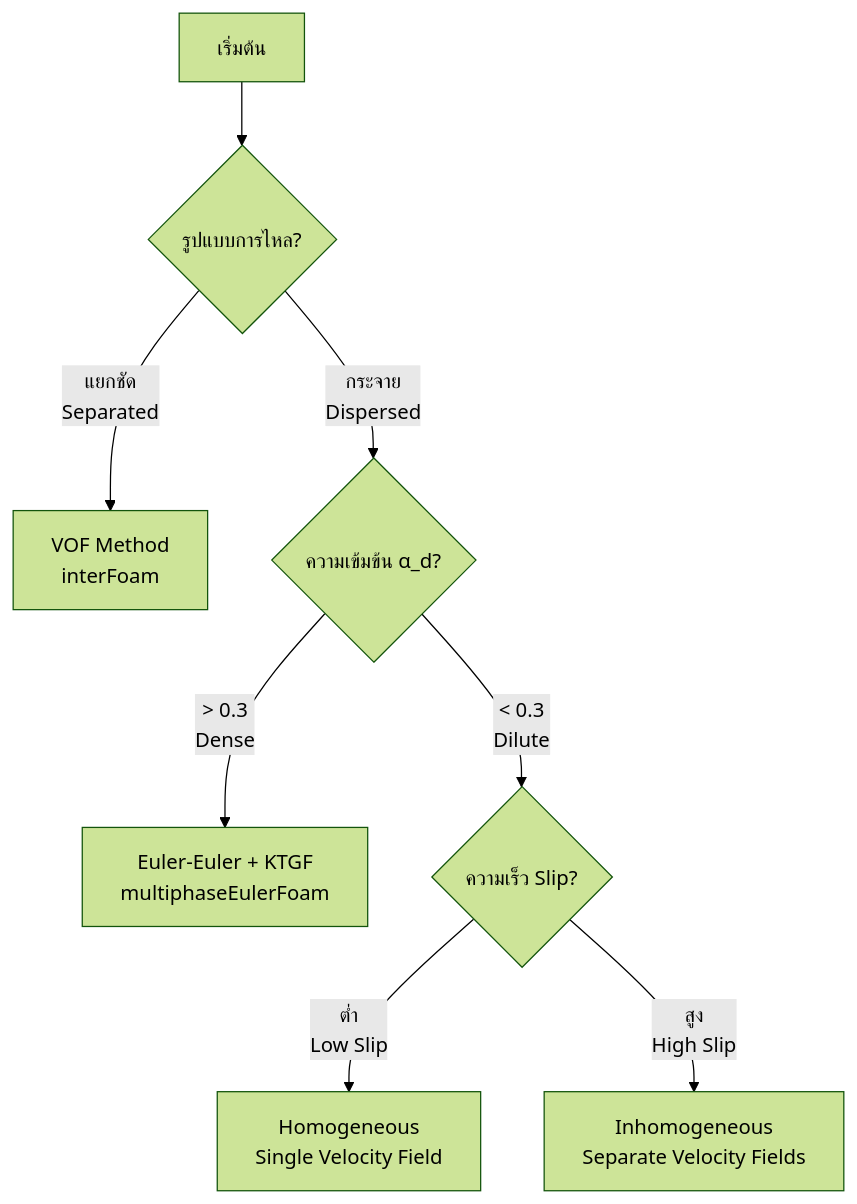
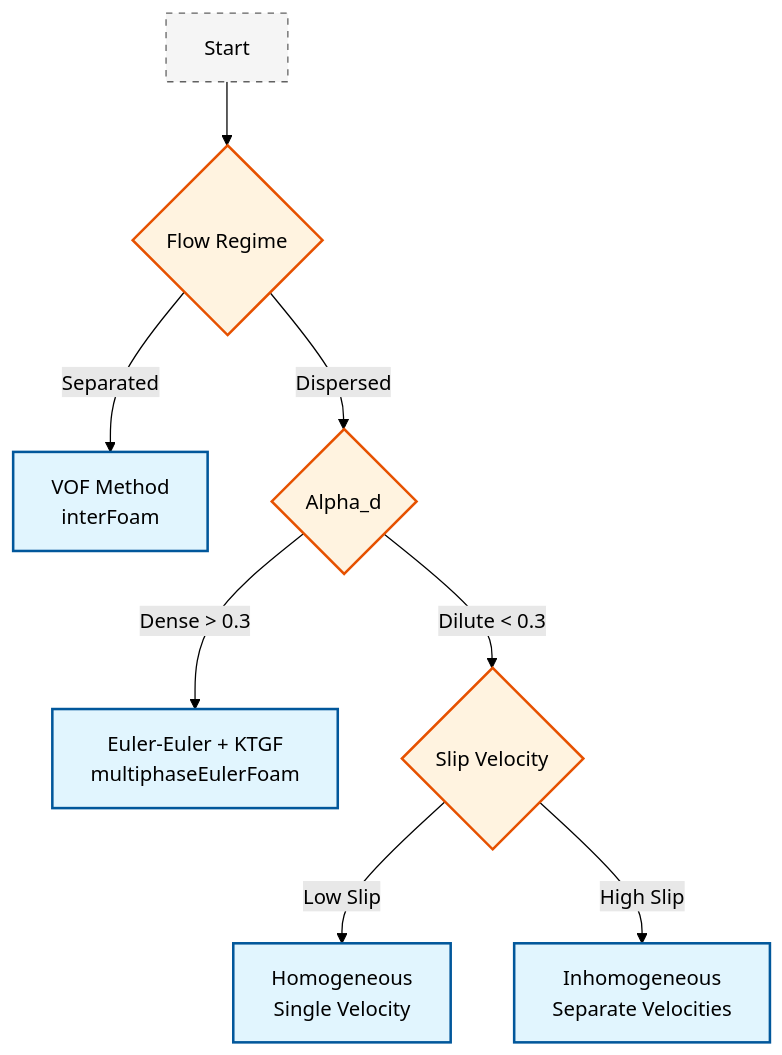
Before and after one commit to wramet/build-my-cfd: the first of 2 diagrams in MODULE_04_MULTIPHASE_FUNDAMENTALS/CONTENT/08_MODEL_SELECTION/01_Decision_Framework.md, drawn with Mermaid (forest theme). The commit also changed other lines of this file and 313 other files, not shown here.

Commit message:
Revise all diagram

````diff
--- a/MODULE_04_MULTIPHASE_FUNDAMENTALS/CONTENT/08_MODEL_SELECTION/01_Decision_Framework.md
+++ b/MODULE_04_MULTIPHASE_FUNDAMENTALS/CONTENT/08_MODEL_SELECTION/01_Decision_Framework.md
@@ -37,10 +37,13 @@
 ```mermaid
 flowchart TD
-    A[เริ่มต้น] --> B{รูปแบบการไหล?}
-    B -->|แยกชัด<br/>Separated| C[VOF Method<br/>interFoam]
-    B -->|กระจาย<br/>Dispersed| D{ความเข้มข้น α_d?}
-    D -->|> 0.3<br/>Dense| E[Euler-Euler + KTGF<br/>multiphaseEulerFoam]
-    D -->|< 0.3<br/>Dilute| F{ความเร็ว Slip?}
-    F -->|ต่ำ<br/>Low Slip| G[Homogeneous<br/>Single Velocity Field]
-    F -->|สูง<br/>High Slip| H[Inhomogeneous<br/>Separate Velocity Fields]
+classDef implicit fill:#e1f5fe,stroke:#01579b,stroke-width:2px,color:#000
+classDef explicit fill:#fff3e0,stroke:#e65100,stroke-width:2px,color:#000
+classDef context fill:#f5f5f5,stroke:#616161,stroke-width:1px,color:#000,stroke-dasharray: 5 5
+A[Start]:::context --> B{Flow Regime}:::explicit
+B -->|Separated| C[VOF Method<br>interFoam]:::implicit
+B -->|Dispersed| D{Alpha_d}:::explicit
+D -->|Dense > 0.3| E[Euler-Euler + KTGF<br>multiphaseEulerFoam]:::implicit
+D -->|Dilute < 0.3| F{Slip Velocity}:::explicit
+F -->|Low Slip| G[Homogeneous<br>Single Velocity]:::implicit
+F -->|High Slip| H[Inhomogeneous<br>Separate Velocities]:::implicit
 ```
````
